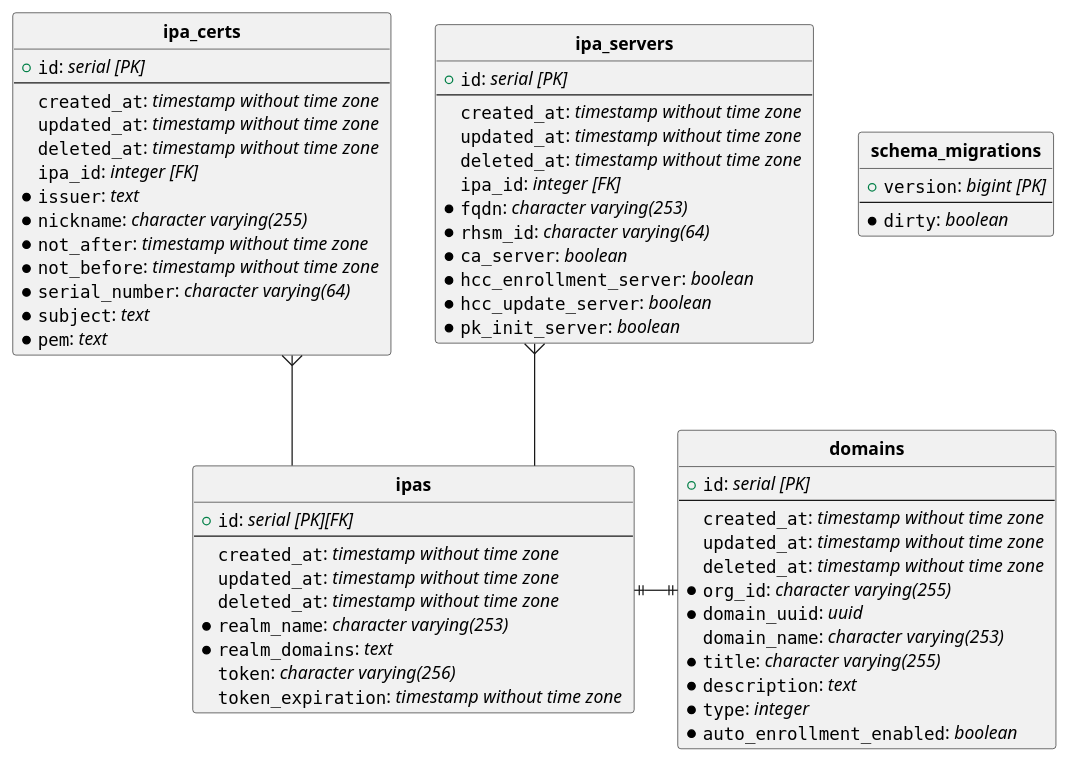
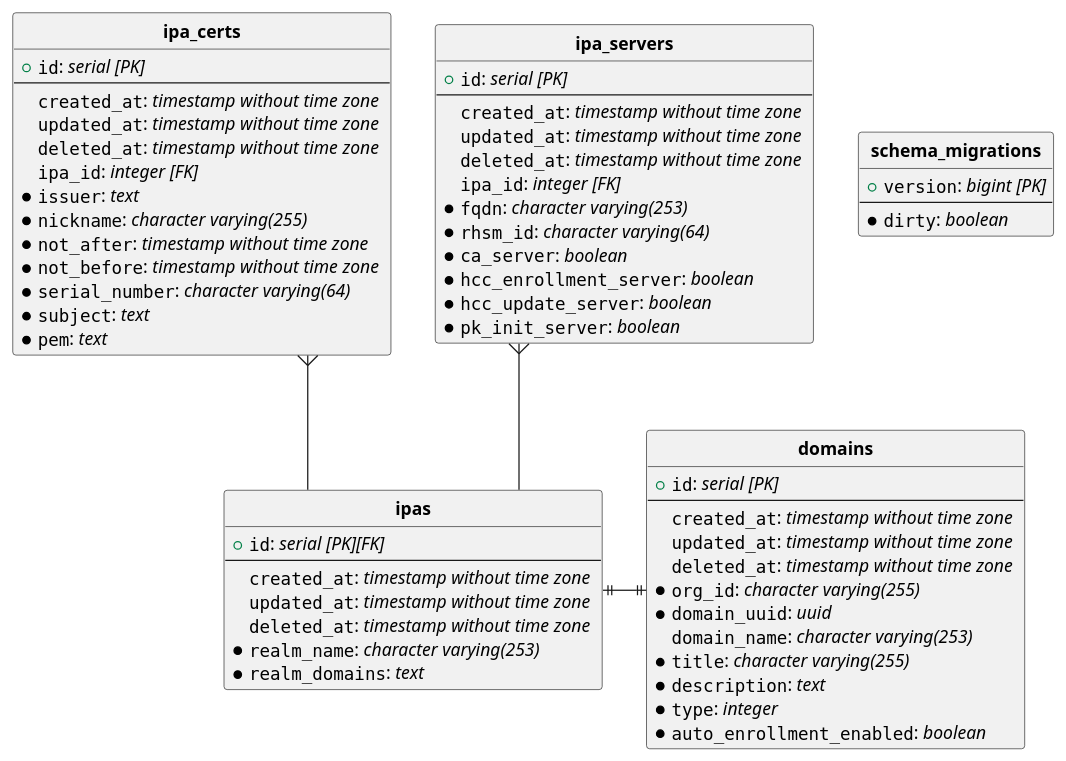
One commit to podengo-project/idmsvc-backend changed the diagram in docs/db-model.puml. Above: the diagram before and after it, drawn with PlantUML. The commit also changed 14 other files, not shown here.

```diff
--- a/docs/db-model.puml
+++ b/docs/db-model.puml
@@ -1,74 +1,72 @@
 @startuml
 hide circle
 skinparam linetype ortho
 
 entity "**domains**" {
   + ""id"": //serial [PK]//
   --
   ""created_at"": //timestamp without time zone //
   ""updated_at"": //timestamp without time zone //
   ""deleted_at"": //timestamp without time zone //
   *""org_id"": //character varying(255) //
   *""domain_uuid"": //uuid //
   ""domain_name"": //character varying(253) //
   *""title"": //character varying(255) //
   *""description"": //text //
   *""type"": //integer //
   *""auto_enrollment_enabled"": //boolean //
 }
 
 entity "**ipa_certs**" {
   + ""id"": //serial [PK]//
   --
   ""created_at"": //timestamp without time zone //
   ""updated_at"": //timestamp without time zone //
   ""deleted_at"": //timestamp without time zone //
   ""ipa_id"": //integer [FK]//
   *""issuer"": //text //
   *""nickname"": //character varying(255) //
   *""not_after"": //timestamp without time zone //
   *""not_before"": //timestamp without time zone //
   *""serial_number"": //character varying(64) //
   *""subject"": //text //
   *""pem"": //text //
 }
 
 entity "**ipa_servers**" {
   + ""id"": //serial [PK]//
   --
   ""created_at"": //timestamp without time zone //
   ""updated_at"": //timestamp without time zone //
   ""deleted_at"": //timestamp without time zone //
   ""ipa_id"": //integer [FK]//
   *""fqdn"": //character varying(253) //
   *""rhsm_id"": //character varying(64) //
   *""ca_server"": //boolean //
   *""hcc_enrollment_server"": //boolean //
   *""hcc_update_server"": //boolean //
   *""pk_init_server"": //boolean //
 }
 
 entity "**ipas**" {
   + ""id"": //serial [PK][FK]//
   --
   ""created_at"": //timestamp without time zone //
   ""updated_at"": //timestamp without time zone //
   ""deleted_at"": //timestamp without time zone //
   *""realm_name"": //character varying(253) //
   *""realm_domains"": //text //
-  ""token"": //character varying(256) //
-  ""token_expiration"": //timestamp without time zone //
 }
 
 entity "**schema_migrations**" {
   + ""version"": //bigint [PK]//
   --
   *""dirty"": //boolean //
 }
 
 "**ipa_certs**"   }--  "**ipas**"
 
 "**ipa_servers**"   }--  "**ipas**"
 
 "**ipas**"  ||-||  "**domains**"
 @enduml
```
